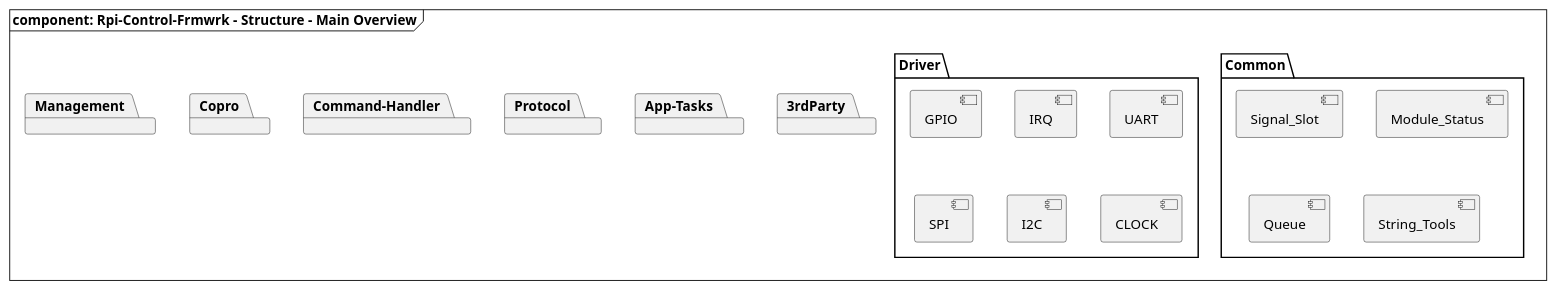
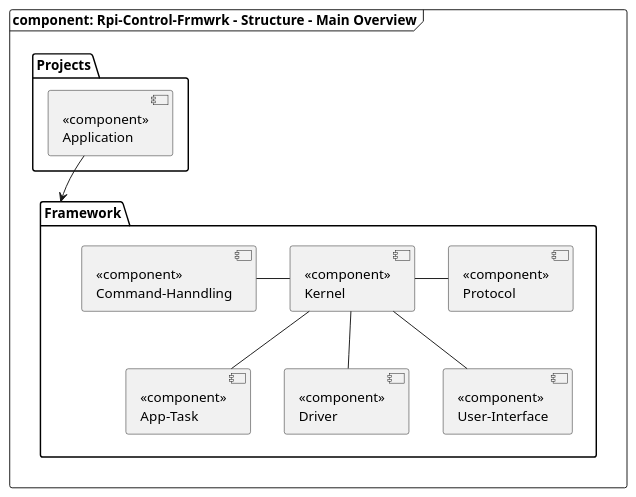
The diagram in uml/rpi_control_frmwrk_diagram_pacakge_main_structure.puml (smuuze/rpi_control_frmwrk), drawn with PlantUML before and after one commit. The commit also changed 11 other files, not shown here.

Commit message:
MOD: UML - diagrams updated

```diff
--- a/uml/rpi_control_frmwrk_diagram_pacakge_main_structure.puml
+++ b/uml/rpi_control_frmwrk_diagram_pacakge_main_structure.puml
@@ -1,47 +1,61 @@
 @startuml rpi_control_frmwrk_diagram_pacakge_main_structure
 
 skinparam monochrome true
-skinparam linetype ortho
-skinparam style strictuml
+'skinparam linetype ortho
+'skinparam style strictuml
 
 frame "component: Rpi-Control-Frmwrk - Structure - Main Overview" {
 
-    package "Common" {
-        [Signal_Slot]
-        [Module_Status]
-        [Queue]
-        [String_Tools]
+    folder "Projects" {
+        component application [
+            <<component>>
+            Application
+        ]
     }
 
-    package "Driver" {
-        [GPIO]
-        [IRQ]
-        [UART]
-        [SPI]
-        [I2C]
-        [CLOCK]
-    }
+    folder "Framework" {
 
-    package "App-Tasks" {
+        component kernel [
+            <<component>>
+            Kernel
+        ]
+
+        component app_task [
+            <<component>>
+            App-Task
+        ]
+
+        component driver [
+            <<component>>
+            Driver
+        ]
+
+        component cmd_handling [
+            <<component>>
+            Command-Hanndling
+        ]
+
+        component protocol [
+            <<component>>
+            Protocol
+        ]
+
+        component user_interface [
+            <<component>>
+            User-Interface
+        ]
+
+        kernel -down- app_task
+        kernel -left- cmd_handling
+        kernel -right- protocol
+        kernel -- driver
+        kernel -- user_interface
+
+        url of kernel is [[../readme/readme_kernel.h {Click: Go to}]]
 
     }
 
-    package "Protocol" {
+    application --> "Framework"
 
-    }
-
-    package "Command-Handler" {
-
-    }
-
-    package "Copro" {
-
-    }
-
-    package "Management" {
-
-    }
-
-    package "3rdParty"
- }
+}
 @enduml
```
